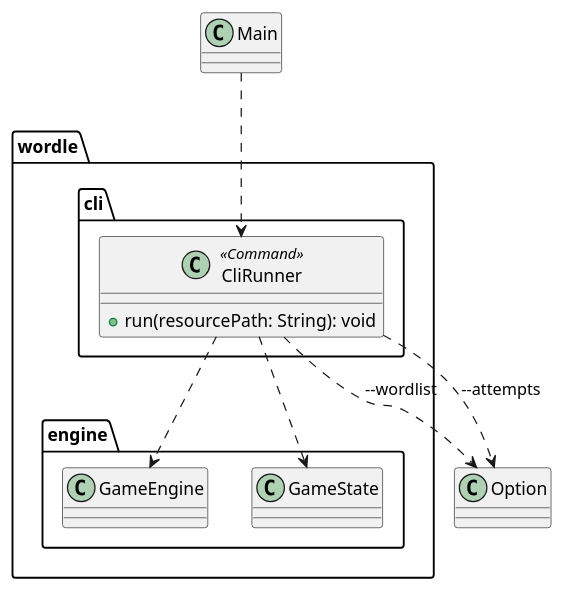
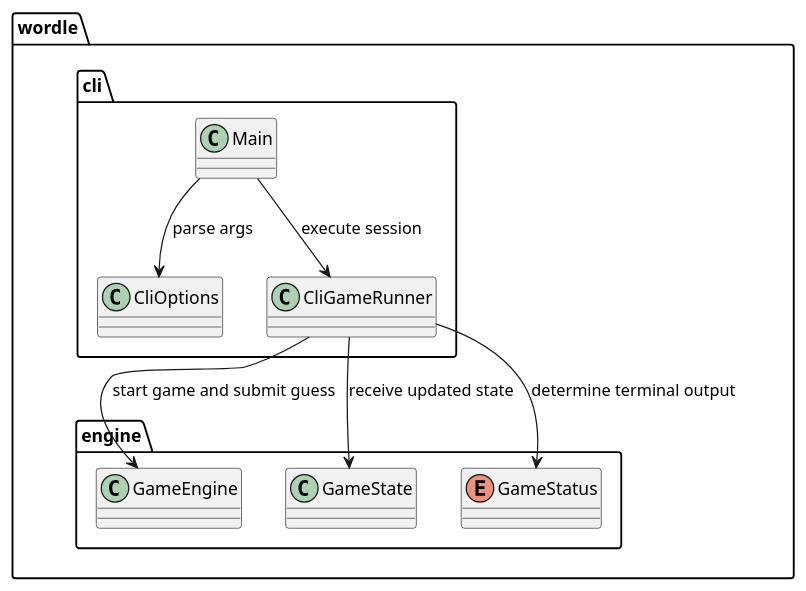
Before and after one commit to dpolivaev/spec-loop: the second of 5 diagrams in examples/wordle/tasks/done/006-add-cli-game-interface.md, drawn with PlantUML. The commit also changed other lines of this file and 7 other files, not shown here.

````diff
--- a/examples/wordle/tasks/done/006-add-cli-game-interface.md
+++ b/examples/wordle/tasks/done/006-add-cli-game-interface.md
@@ -91,22 +68,23 @@
 ```plantuml
 @startuml
-package wordle.engine {
-  class GameEngine
-  class GameState
-}
-
-package wordle.cli {
-  class CliRunner <<Command>> {
-    + run(resourcePath: String): void
+set separator none
+package "wordle" {
+  package "cli" {
+    class Main
+    class CliOptions
+    class CliGameRunner
+  }
+  package "engine" {
+    class GameEngine
+    class GameState
+    enum GameStatus
   }
 }
 
-class Main
-
-Main ..> CliRunner
-CliRunner ..> GameEngine
-CliRunner ..> GameState
-CliRunner ..> Option : --wordlist
-CliRunner ..> Option : --attempts
+Main --> CliOptions : parse args
+Main --> CliGameRunner : execute session
+CliGameRunner --> GameEngine : start game and submit guess
+CliGameRunner --> GameState : receive updated state
+CliGameRunner --> GameStatus : determine terminal output
 @enduml
 ```
````
